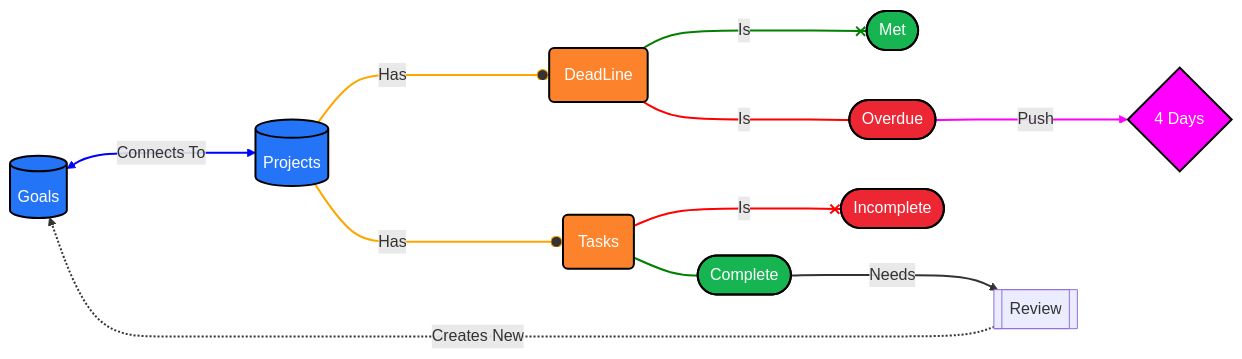
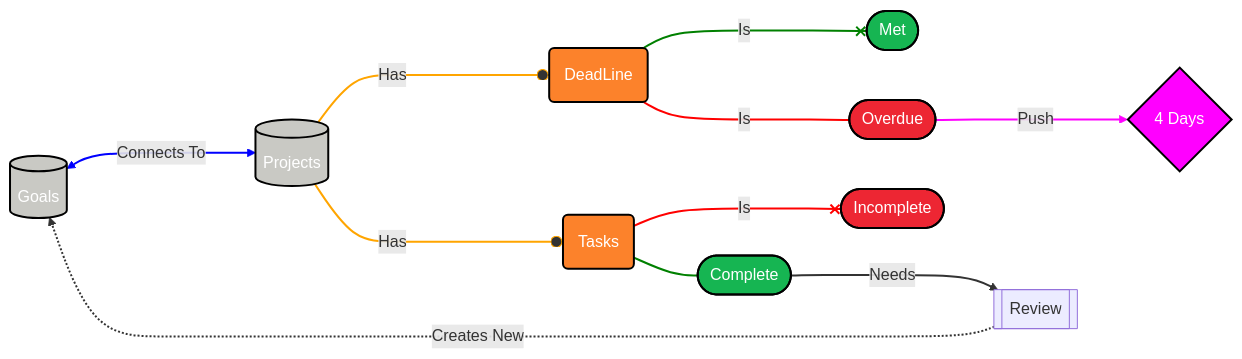
One commit to slamdunk729/ansible2 changed the first of 7 diagrams in README.md. Above: the diagram before and after it, drawn with Mermaid. The commit also changed other lines of this file, not shown here.

````diff
--- a/README.md
+++ b/README.md
@@ -1,46 +1,46 @@
 ```mermaid
 flowchart LR
 
 %% Colors %%
 linkStyle default stroke-width:2px
-classDef blue fill:#2374f7,stroke:#000,stroke-width:2px,color:#fff
+classDef blue fill:#c9c9c4,stroke:#000,stroke-width:2px,color:#fff
 classDef orange fill:#fc822b,stroke:#000,stroke-width:2px,color:#fff
 classDef green fill:#16b552,stroke:#000,stroke-width:2px,color:#fff
 classDef red fill:#ed2633,stroke:#000,stroke-width:2px,color:#fff
 classDef magenta fill:magenta,stroke:#000,stroke-width:2px,color:#fff
 
 %% Goals Database%%
 %% 0 %%
 G[(Goals)]:::blue <===> |Connects To| P[(Projects)]:::blue
 
 %% Projects Database%%
 %% Deadline %%
 %% 1,2,3,4 %%
 P ---o |Has| PD(DeadLine):::orange
 PD ---x|Is| MT([Met]):::green
 PD ----|Is| OV([Overdue]):::red ---> |Push|FOV{4 Days}:::magenta
 
 
 %% Tasks %%
 %% 5,6,7,8 %%
 P ---o |Has| PT(Tasks):::orange
 PT ---x |Is| IC([Incomplete]):::red
 PT --- C([Complete]):::green
 C ---> |Needs| R[[Review]]
 
 %% Review %%
 %% 9 %%
 R -..->|Creates New| G
 
 %% Link Colors %%
 linkStyle 0 stroke:blue
 linkStyle 1,5 stroke:orange
 linkStyle 2,7 stroke:green
 linkStyle 3,6 stroke:red
 linkStyle 4 stroke:magenta
 
 %% Clickable Links %%
 click P "https://www.google.co.jp"
 
 
 ```
````
